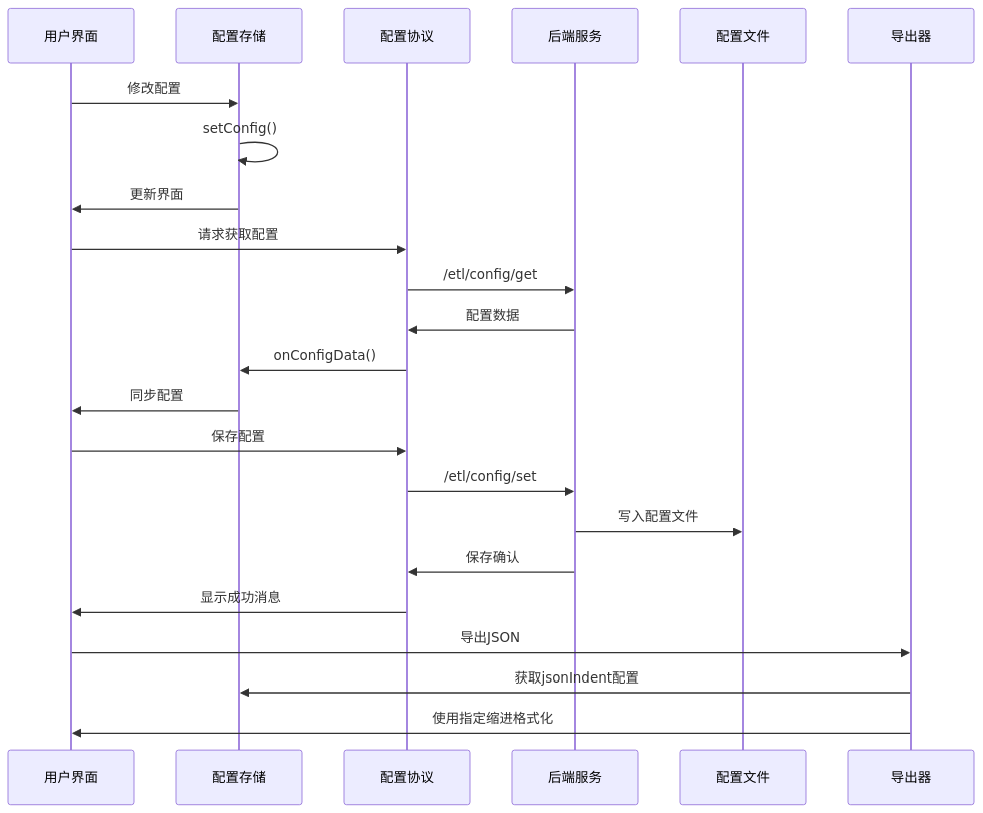
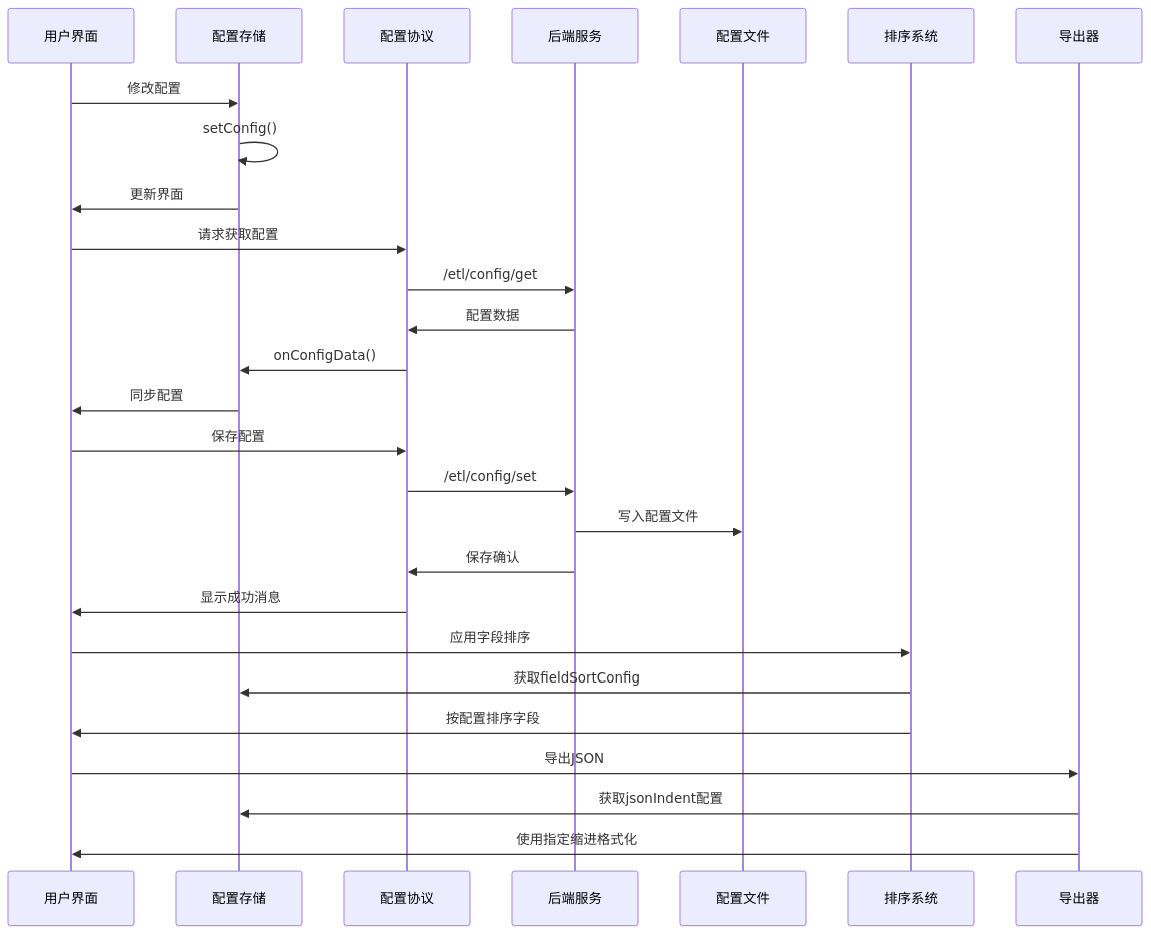
One commit to kqcoxn/MaaPipelineEditor changed the third of 17 diagrams in .qoder/repowiki/zh/content/Config Store.md. Above: the diagram before and after it, drawn with Mermaid. The commit also changed other lines of this file and 22 other files, not shown here.

````diff
--- a/.qoder/repowiki/zh/content/Config Store.md
+++ b/.qoder/repowiki/zh/content/Config Store.md
@@ -166,25 +190,29 @@
 ```mermaid
 sequenceDiagram
 participant UI as 用户界面
 participant Store as 配置存储
 participant Protocol as 配置协议
 participant Backend as 后端服务
 participant File as 配置文件
+participant SortSystem as 排序系统
 participant Exporter as 导出器
 UI->>Store : 修改配置
 Store->>Store : setConfig()
 Store->>UI : 更新界面
 UI->>Protocol : 请求获取配置
 Protocol->>Backend : /etl/config/get
 Backend->>Protocol : 配置数据
 Protocol->>Store : onConfigData()
 Store->>UI : 同步配置
 UI->>Protocol : 保存配置
 Protocol->>Backend : /etl/config/set
 Backend->>File : 写入配置文件
 Backend->>Protocol : 保存确认
 Protocol->>UI : 显示成功消息
+UI->>SortSystem : 应用字段排序
+SortSystem->>Store : 获取fieldSortConfig
+SortSystem->>UI : 按配置排序字段
 UI->>Exporter : 导出JSON
 Exporter->>Store : 获取jsonIndent配置
 Exporter->>UI : 使用指定缩进格式化
 ```
````
